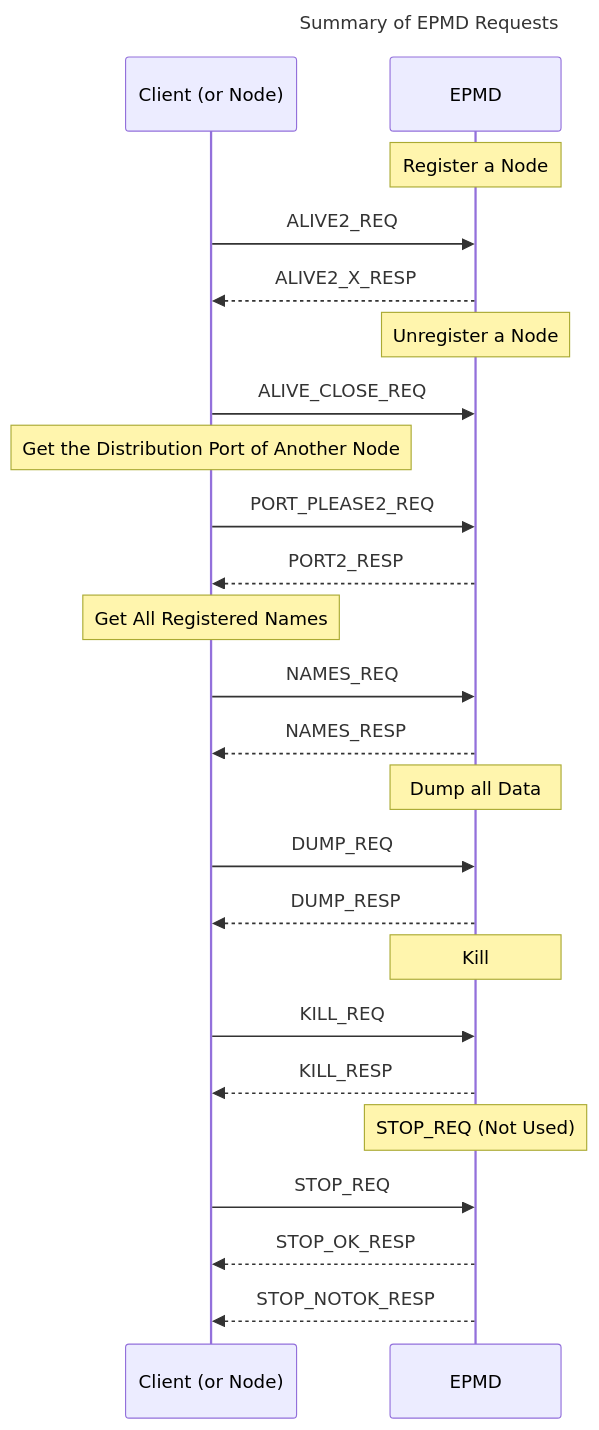
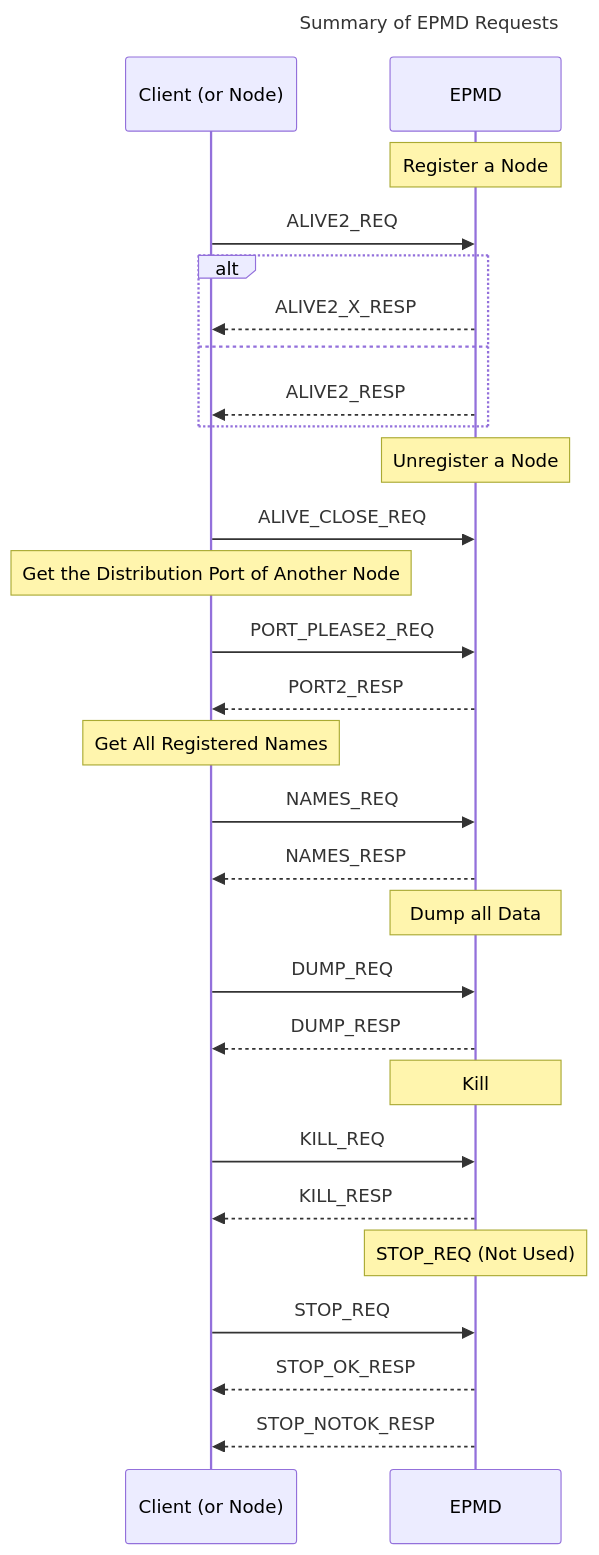
The first of 8 diagrams in erts/doc/guides/erl_dist_protocol.md (erlang/otp), drawn with Mermaid before and after one commit. The commit also changed other lines of this file, not shown here.

Commit message:
Add separate diagrams for each task

````diff
--- a/erts/doc/guides/erl_dist_protocol.md
+++ b/erts/doc/guides/erl_dist_protocol.md
@@ -60,37 +60,41 @@
 ```mermaid
 ---
 title: Summary of EPMD Requests
 ---
 
 sequenceDiagram
     participant client as Client (or Node)
     participant EPMD
 
     Note over EPMD: Register a Node
     client ->> EPMD: ALIVE2_REQ
-    EPMD -->> client: ALIVE2_X_RESP
+    alt
+        EPMD -->> client: ALIVE2_X_RESP
+    else
+        EPMD -->> client: ALIVE2_RESP
+    end
 
     Note over EPMD: Unregister a Node
     client ->> EPMD: ALIVE_CLOSE_REQ
 
     Note over client: Get the Distribution Port of Another Node
     client ->> EPMD: PORT_PLEASE2_REQ
     EPMD -->> client: PORT2_RESP
 
     Note over client: Get All Registered Names
     client ->> EPMD: NAMES_REQ
     EPMD -->> client: NAMES_RESP
 
     Note over EPMD: Dump all Data
     client ->> EPMD: DUMP_REQ
     EPMD -->> client: DUMP_RESP
 
     Note over EPMD: Kill
     client ->> EPMD: KILL_REQ
     EPMD -->> client: KILL_RESP
 
     Note over EPMD: STOP_REQ (Not Used)
     client ->> EPMD: STOP_REQ
     EPMD -->> client: STOP_OK_RESP
     EPMD -->> client: STOP_NOTOK_RESP
 ```
````
